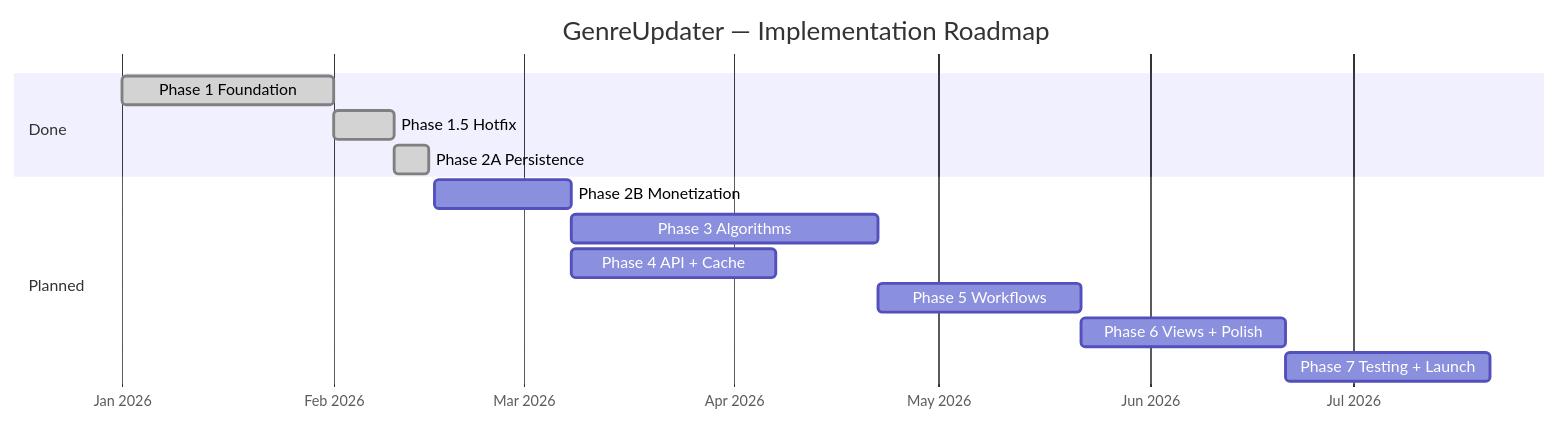
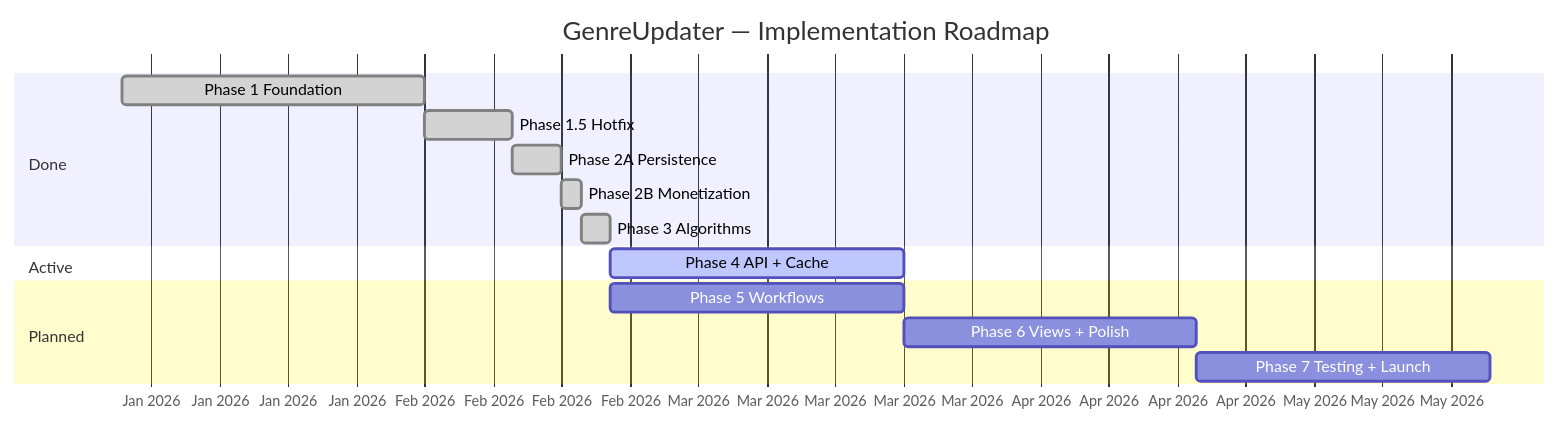
One commit to barad1tos/project-genreupdater-swift changed the seventh of 7 diagrams in docs/plans/PRD.md. Above: the diagram before and after it, drawn with Mermaid. The commit also changed other lines of this file and 4 other files, not shown here.

````diff
--- a/docs/plans/PRD.md
+++ b/docs/plans/PRD.md
@@ -1035,19 +1035,21 @@
 ```mermaid
 gantt
     title GenreUpdater — Implementation Roadmap
     dateFormat YYYY-MM-DD
     axisFormat %b %Y
 
     section Done
     Phase 1 Foundation       :done, p1, 2026-01-01, 2026-02-01
     Phase 1.5 Hotfix         :done, p15, 2026-02-01, 2026-02-10
     Phase 2A Persistence     :done, p2a, 2026-02-10, 2026-02-15
+    Phase 2B Monetization    :done, p2b, 2026-02-15, 2026-02-17
+    Phase 3 Algorithms       :done, p3, 2026-02-17, 2026-02-20
+
+    section Active
+    Phase 4 API + Cache      :active, p4, 2026-02-20, 30d
 
     section Planned
-    Phase 2B Monetization    :p2b, 2026-02-16, 20d
-    Phase 3 Algorithms       :p3, after p2b, 45d
-    Phase 4 API + Cache      :p4, after p2b, 30d
     Phase 5 Workflows        :p5, after p3, 30d
     Phase 6 Views + Polish   :p6, after p5, 30d
     Phase 7 Testing + Launch :p7, after p6, 30d
 ```
````
